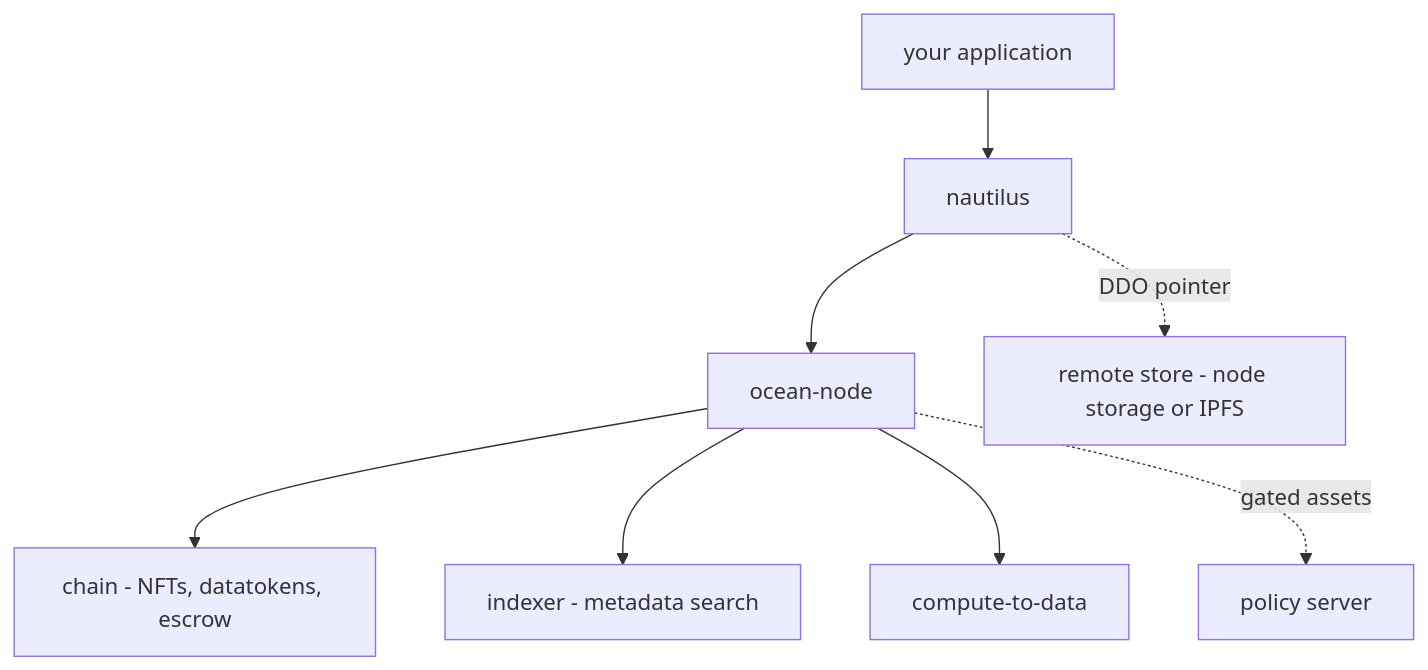
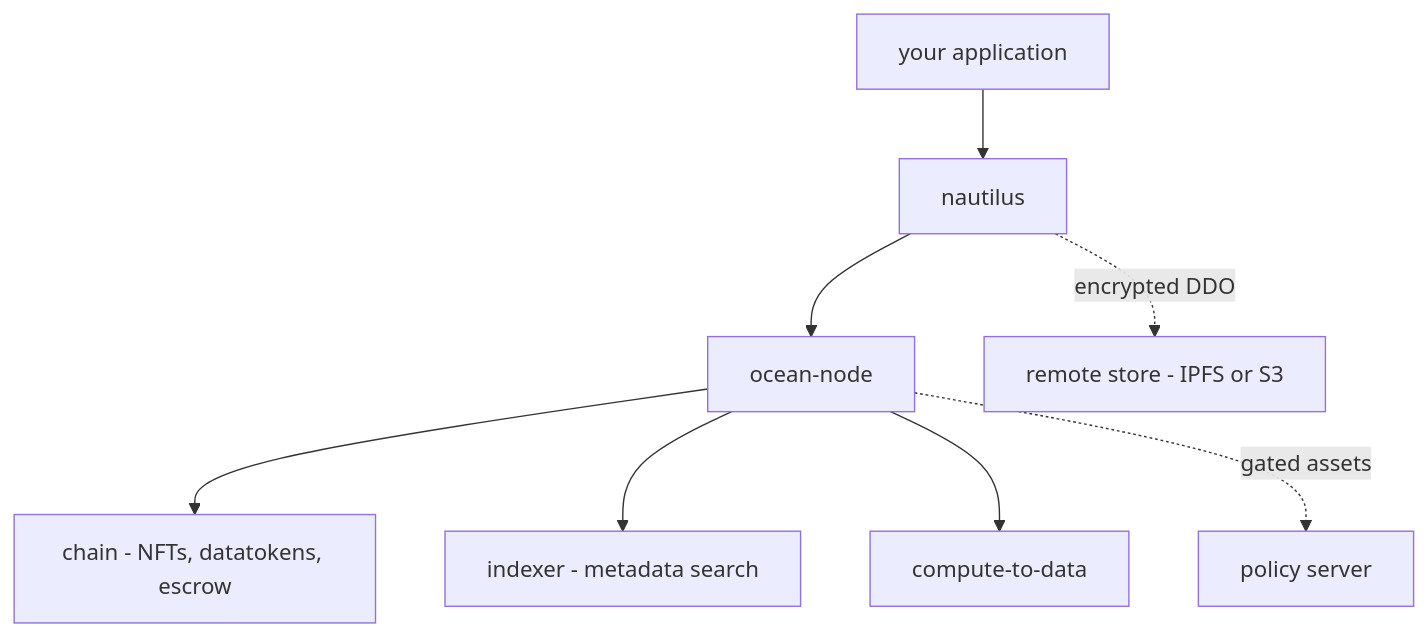
One commit to deltaDAO/nautilus changed the diagram in docs/pages/docs/introduction.mdx. Above: the diagram before and after it, drawn with Mermaid. The commit also changed other lines of this file and 32 other files, not shown here.

Commit message:
docs: document the 4.2 envelope, remote stores and known ocean-node 4.2 issues

````diff
--- a/docs/pages/docs/introduction.mdx
+++ b/docs/pages/docs/introduction.mdx
@@ -47,10 +49,10 @@
 ```mermaid
 flowchart TD
   APP["your application"] --> NAUT[nautilus]
   NAUT --> ON["ocean-node"]
   ON --> CHAIN["chain - NFTs, datatokens, escrow"]
   ON --> IDX["indexer - metadata search"]
   ON --> C2D["compute-to-data"]
   ON -.->|gated assets| PS["policy server"]
-  NAUT -.->|DDO pointer| STORE["remote store - node storage or IPFS"]
+  NAUT -.->|encrypted DDO| STORE["remote store - IPFS or S3"]
 ```
````
